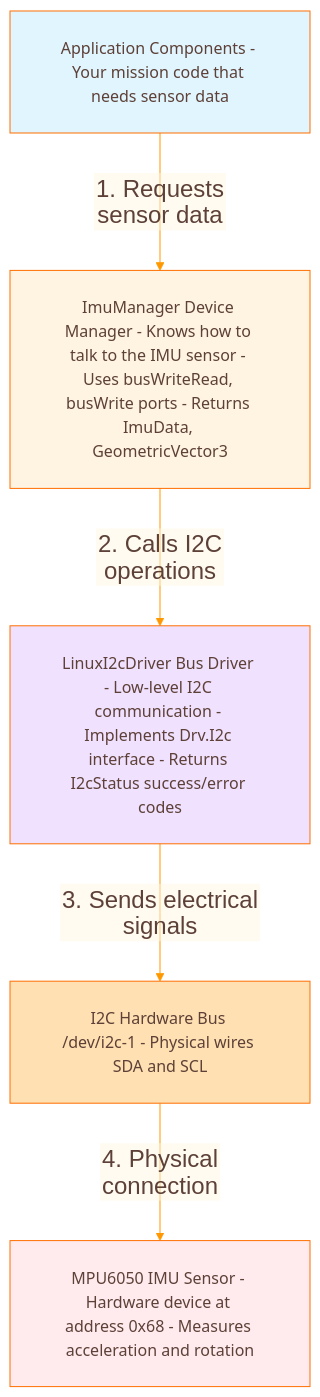
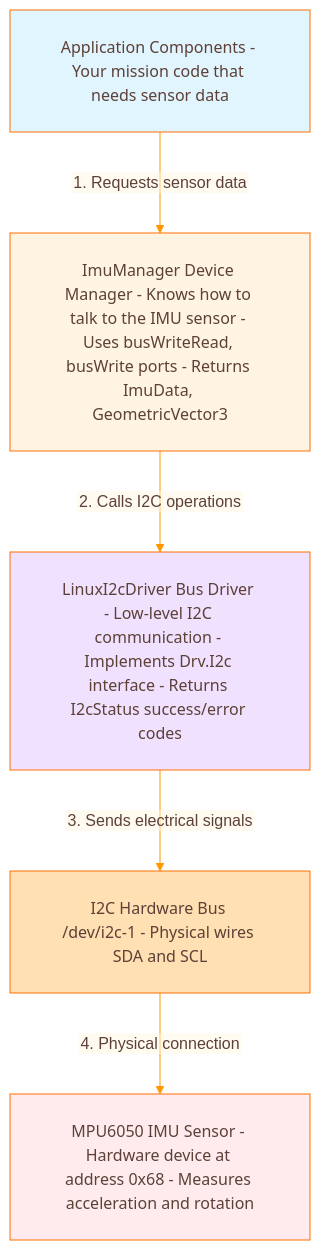
One commit to Lizo-RoadTown/PROVES_LIBRARY changed the first of 5 diagrams in docs/diagrams/overview.md. Above: the diagram before and after it, drawn with Mermaid. The commit also changed other lines of this file and 6 other files, not shown here.

````diff
--- a/docs/diagrams/overview.md
+++ b/docs/diagrams/overview.md
@@ -41,7 +41,7 @@
 ---
 config:
   theme: base
-  fontSize: 20
+  fontSize: 16
   themeCSS: |
     .node rect, .cluster rect, .edgePath path { transition: filter 0.2s ease, stroke-width: 0.2s ease; }
     .node:hover rect, .cluster:hover rect, .edgePath:hover path { filter: drop-shadow(0 0 8px rgba(0,0,0,0.35)); stroke-width: 3px; }
@@ -61,7 +61,7 @@
     textColor: '#5D4037'
     lineColor: '#FF9800'
     fontFamily: '"Segoe UI", Tahoma, Geneva, Verdana, sans-serif'
-    fontSize: '24px'
+    fontSize: '16px'
     nodeBorder: '#FF6F00'
     mainBkg: '#FFF3E0'
     clusterBkg: '#F3E5F5'
@@ -117,7 +117,7 @@
     attributeBackgroundColorOdd: '#FFF8E1'
     attributeBackgroundColorEven: '#FFF3E0'
   gantt:
-    fontSize: 20
+    fontSize: 16
     barHeight: 24
     barGap: 6
     topPadding: 50
@@ -246,4 +246,5 @@
     %% Font sizing classes for consistency
     classDef default font-size:16px,font-family:Segoe UI,Tahoma,Geneva,Verdana,sans-serif;
     classDef diamond font-size:14px,font-family:Segoe UI,Tahoma,Geneva,Verdana,sans-serif;
+    classDef spacer fill:none,stroke:none,color:transparent,width:1px,height:1px;
 ```
````
